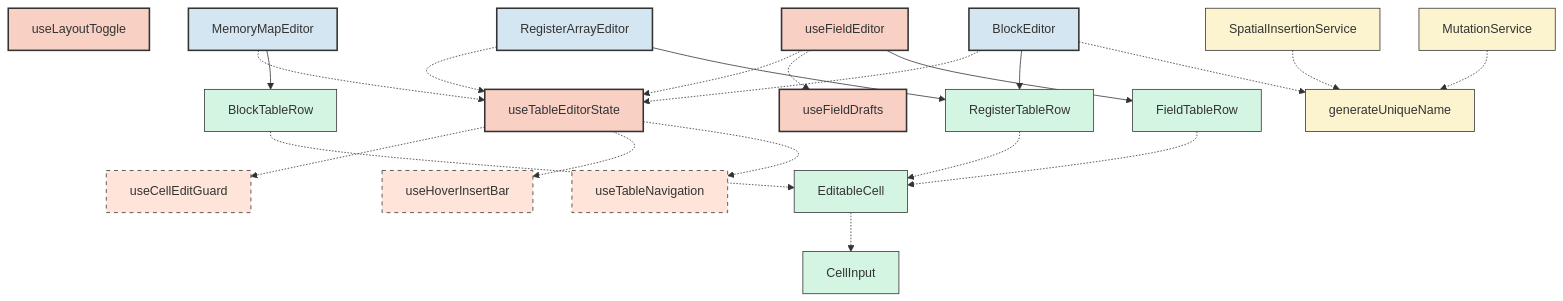
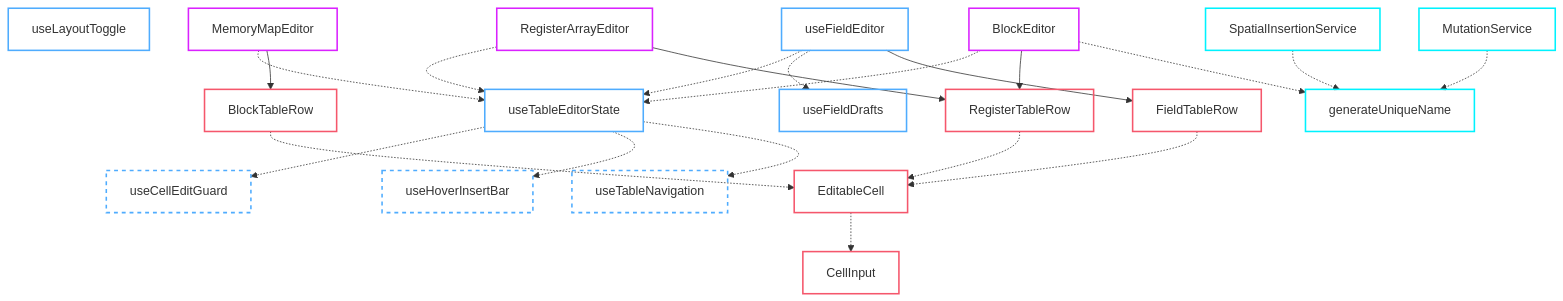
One commit to bleviet/ipcraft-vscode changed the diagram in docs/refactor/webview-architecture.md. Above: the diagram before and after it, drawn with Mermaid.

Commit message:
Update mermaid diagram colors for better dark mode readability

````diff
--- a/docs/refactor/webview-architecture.md
+++ b/docs/refactor/webview-architecture.md
@@ -626,65 +626,65 @@
 ```mermaid
 graph TD
     %% Core Orchestration
     TES[useTableEditorState]:::hook
     UFD[useFieldDrafts]:::hook
     ULT[useLayoutToggle]:::hook
 
     %% Sub-components of TES
     CEG[useCellEditGuard]:::subhook
     UHB[useHoverInsertBar]:::subhook
     UTN[useTableNavigation]:::subhook
 
     TES -.-> CEG
     TES -.-> UHB
     TES -.-> UTN
 
     %% Editors
     BE[BlockEditor]:::editor
     MME[MemoryMapEditor]:::editor
     RAE[RegisterArrayEditor]:::editor
     RE[useFieldEditor]:::hook
 
     %% Editor to Orchestration links
     BE -.-> TES
     MME -.-> TES
     RAE -.-> TES
     RE -.-> TES
     RE -.-> UFD
 
     %% Shared View Primitives
     EC[EditableCell]:::comp
     CI[CellInput]:::comp
     EC -.-> CI
 
     %% Row Components
     BTR[BlockTableRow]:::comp
     RTR[RegisterTableRow]:::comp
     FTR[FieldTableRow]:::comp
 
     %% Row to Primitives
     BTR -.-> EC
     RTR -.-> EC
     FTR -.-> EC
 
     %% Editor to Row links
     BE --> RTR
     MME --> BTR
     RAE --> RTR
     RE --> FTR
 
     %% Utilities
     GUN[generateUniqueName]:::util
     SIS[SpatialInsertionService]:::util
     MS[MutationService]:::util
 
     SIS -.-> GUN
     MS -.-> GUN
     BE -.-> GUN
 
-    classDef hook fill:#f9d0c4,stroke:#333,stroke-width:2px;
-    classDef subhook fill:#ffe5d9,stroke:#333,stroke-dasharray: 5 5;
-    classDef editor fill:#d4e6f1,stroke:#333,stroke-width:2px;
-    classDef comp fill:#d5f5e3,stroke:#333,stroke-width:1px;
-    classDef util fill:#fcf3cf,stroke:#333,stroke-width:1px;
+    classDef hook fill:transparent,stroke:#4facfe,stroke-width:2px;
+    classDef subhook fill:transparent,stroke:#4facfe,stroke-width:2px,stroke-dasharray: 5 5;
+    classDef editor fill:transparent,stroke:#da22ff,stroke-width:2px;
+    classDef comp fill:transparent,stroke:#f5576c,stroke-width:2px;
+    classDef util fill:transparent,stroke:#00f2fe,stroke-width:2px;
 ```
````
